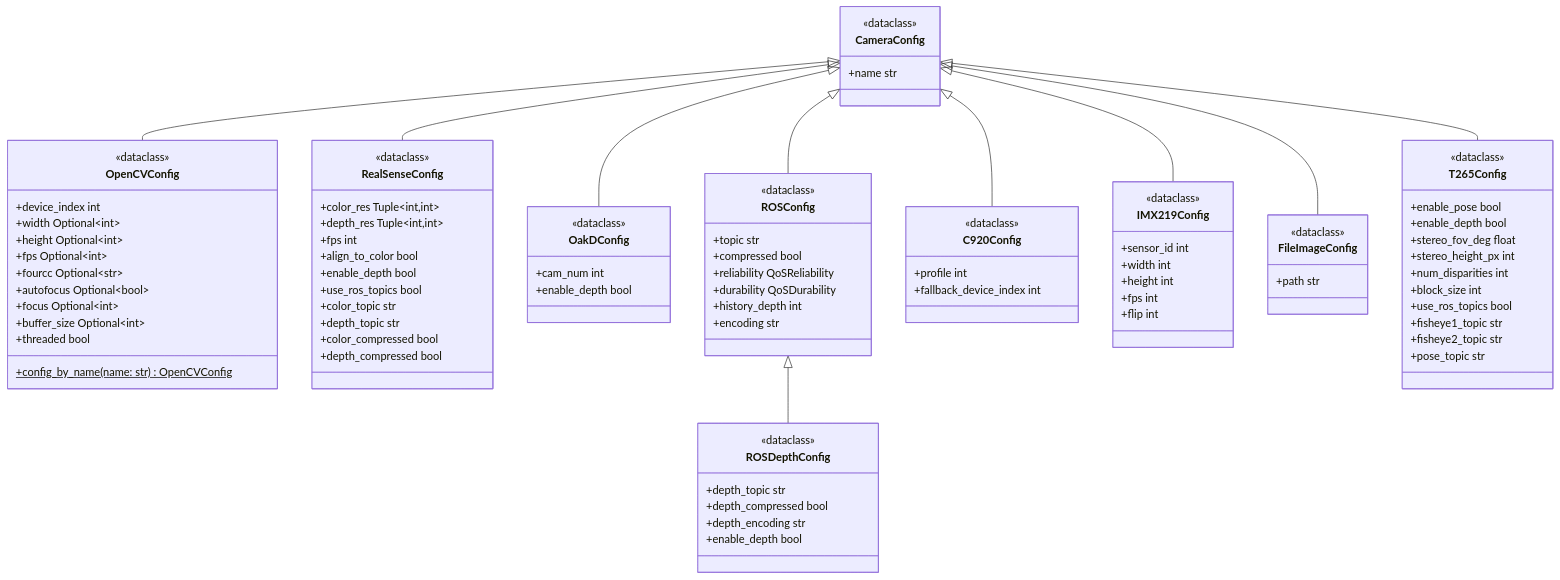
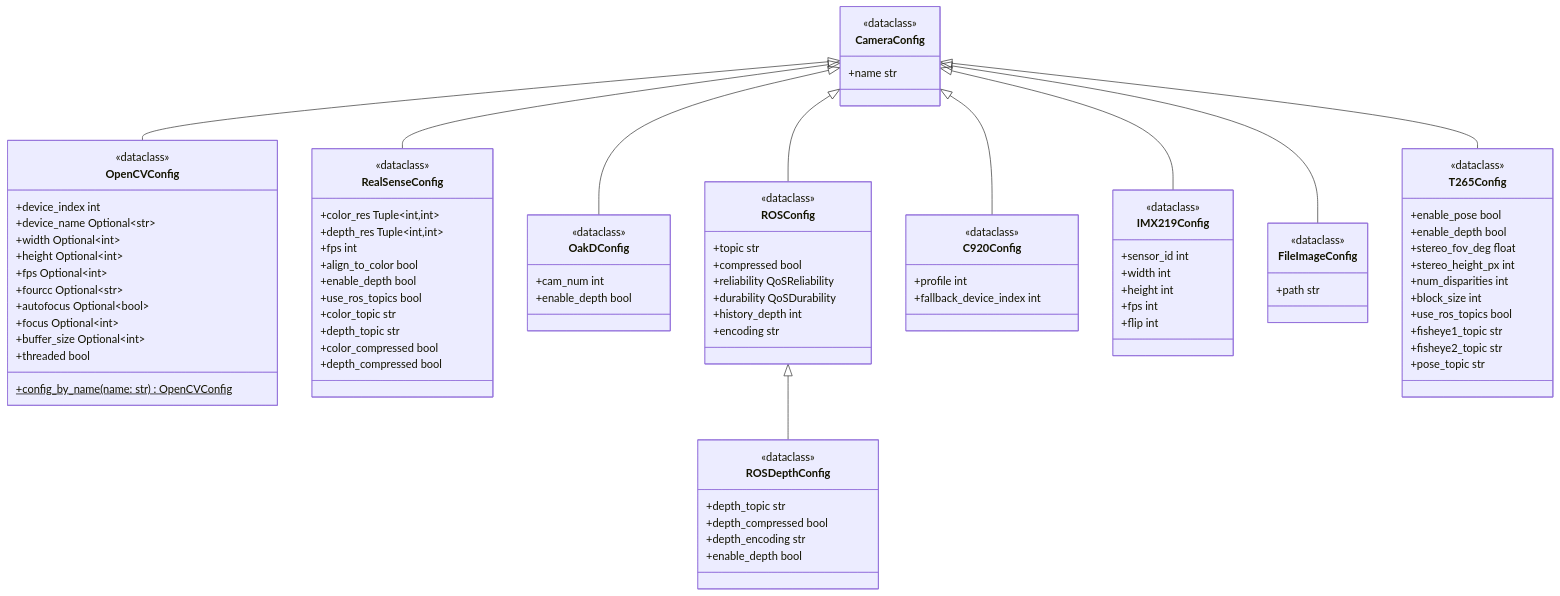
The second of 2 diagrams in nectar/nectar/vision/camera/README.md (Black-Bee-Drones/nectar-sdk), drawn with Mermaid before and after one commit. The commit also changed other lines of this file and 7 other files, not shown here.

Commit message:
feat(camera): OpenCVConfig with device_name support and improve camera device resolution

```diff
--- a/nectar/nectar/vision/camera/README.md
+++ b/nectar/nectar/vision/camera/README.md
@@ -278,6 +278,7 @@
     class OpenCVConfig {
         <<dataclass>>
         +device_index int
+        +device_name Optional~str~
         +width Optional~int~
         +height Optional~int~
         +fps Optional~int~
```
